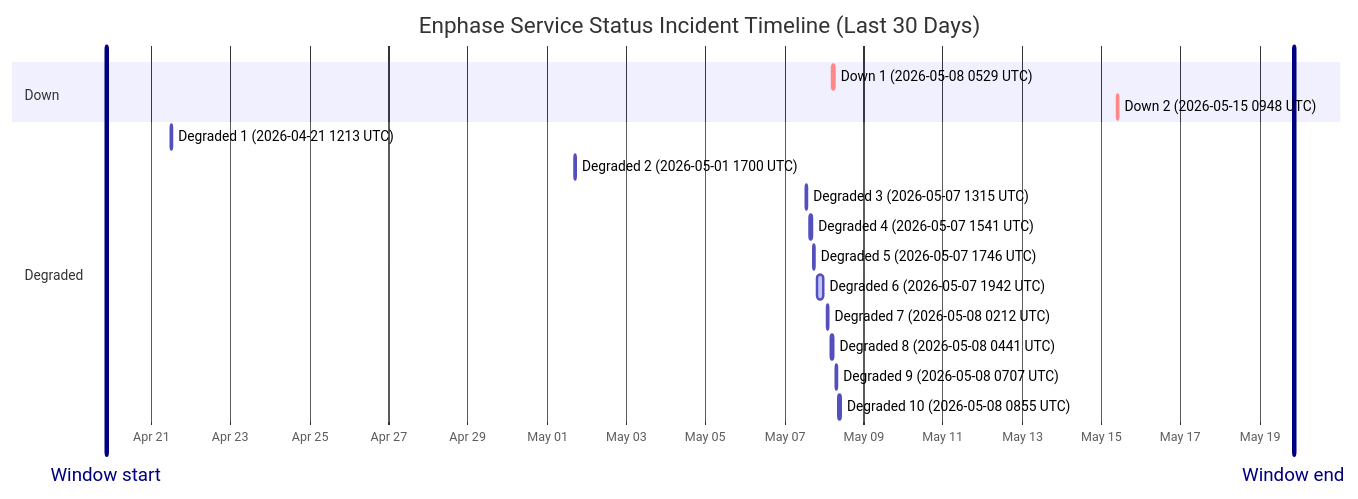
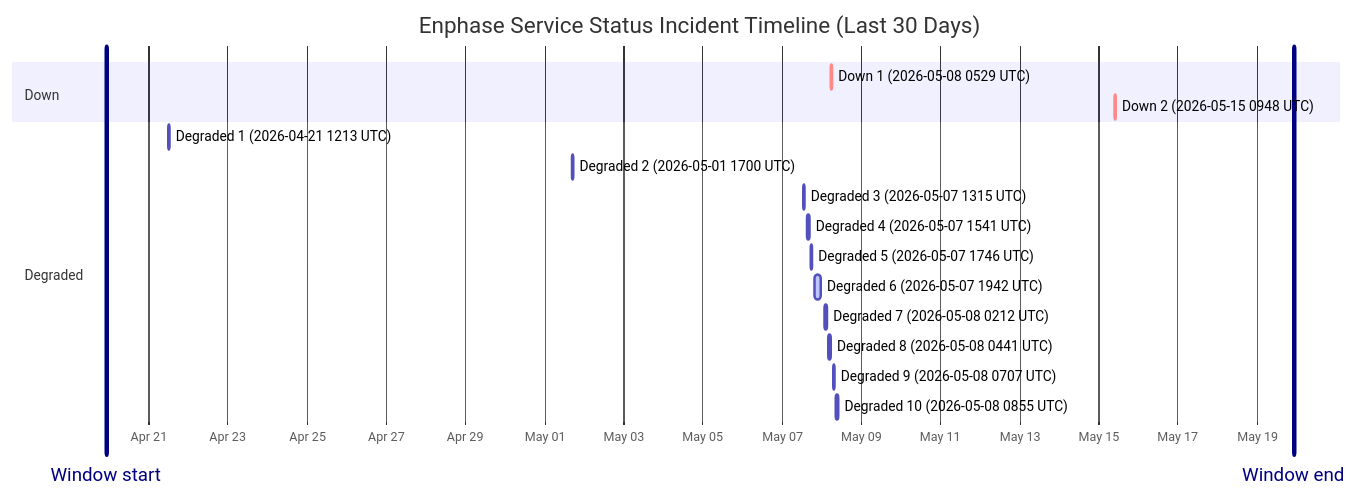
Before and after one commit to barneyonline/ha-enphase-ev-charger: the diagram in wiki/Service-Status-History.md, drawn with Mermaid. The commit also changed other lines of this file and 3 other files, not shown here.

````diff
--- a/wiki/Service-Status-History.md
+++ b/wiki/Service-Status-History.md
@@ -14,22 +14,22 @@
 ```mermaid
 gantt
     title Enphase Service Status Incident Timeline (Last 30 Days)
     dateFormat  YYYY-MM-DDTHH:mm:ss
     axisFormat  %b %d
-    Window start :vert, window-start, 2026-04-19T20:48:20, 0ms
-    Window end :vert, window-end, 2026-05-19T20:48:20, 0ms
+    Window start :vert, window-start, 2026-04-19T22:15:30, 0ms
+    Window end :vert, window-end, 2026-05-19T22:15:30, 0ms
     section Down
     Down 1 (2026-05-08 0529 UTC) :crit, down-1, 2026-05-08T05:29:47, 60m
     Down 2 (2026-05-15 0948 UTC) :crit, down-2, 2026-05-15T09:48:18, 60m
     section Degraded
     Degraded 1 (2026-04-21 1213 UTC) :active, degraded-1, 2026-04-21T12:13:11, 60m
     Degraded 2 (2026-05-01 1700 UTC) :active, degraded-2, 2026-05-01T17:00:22, 60m
     Degraded 3 (2026-05-07 1315 UTC) :active, degraded-3, 2026-05-07T13:15:25, 60m
     Degraded 4 (2026-05-07 1541 UTC) :active, degraded-4, 2026-05-07T15:41:58, 60m
     Degraded 5 (2026-05-07 1746 UTC) :active, degraded-5, 2026-05-07T17:46:51, 60m
     Degraded 6 (2026-05-07 1942 UTC) :active, degraded-6, 2026-05-07T19:42:10, 249m
     Degraded 7 (2026-05-08 0212 UTC) :active, degraded-7, 2026-05-08T02:12:39, 60m
     Degraded 8 (2026-05-08 0441 UTC) :active, degraded-8, 2026-05-08T04:41:46, 60m
     Degraded 9 (2026-05-08 0707 UTC) :active, degraded-9, 2026-05-08T07:07:30, 60m
     Degraded 10 (2026-05-08 0855 UTC) :active, degraded-10, 2026-05-08T08:55:20, 88m
 ```
````
